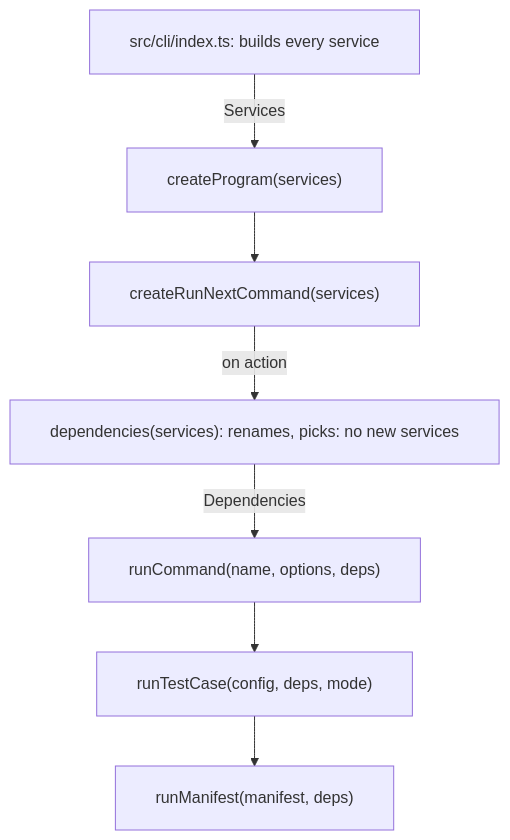
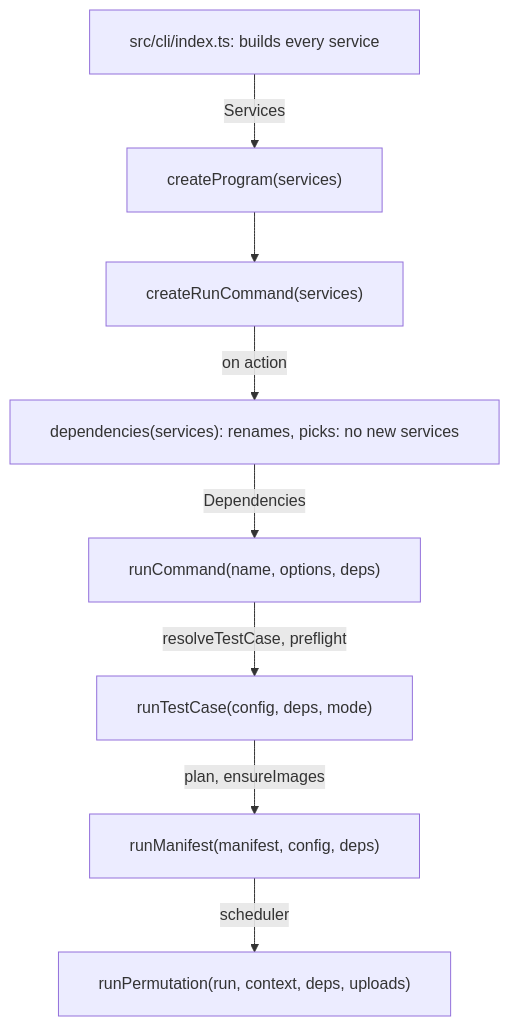
The diagram in src/runNext/AGENTS.md (dwjohnston/thunderjar), drawn with Mermaid before and after one commit. The commit also changed other lines of this file and 7 other files, not shown here.

First line of the commit message:
🤖 Claude: ♻️ Split the remote-runtime run tests out, and document runNext

````diff
--- a/src/runNext/AGENTS.md
+++ b/src/runNext/AGENTS.md
@@ -7,10 +9,11 @@
 ```mermaid
 %%{init: {"flowchart": {"wrappingWidth": 500, "padding": 20}}}%%
 flowchart TD
   index["src/cli/index.ts: builds every service"] -->|"Services"| program["createProgram(services)"]
-  program --> cmd["createRunNextCommand(services)"]
+  program --> cmd["createRunCommand(services)"]
   cmd -->|"on action"| deps["dependencies(services): renames, picks: no new services"]
   deps -->|"Dependencies"| L1["runCommand(name, options, deps)"]
-  L1 --> L2["runTestCase(config, deps, mode)"]
-  L2 --> L3["runManifest(manifest, deps)"]
+  L1 -->|"resolveTestCase, preflight"| L2["runTestCase(config, deps, mode)"]
+  L2 -->|"plan, ensureImages"| L3["runManifest(manifest, config, deps)"]
+  L3 -->|"scheduler"| run["runPermutation(run, context, deps, uploads)"]
 ```
````
